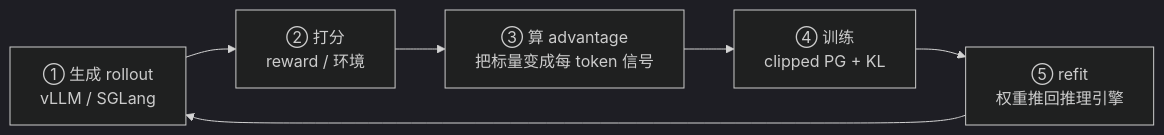
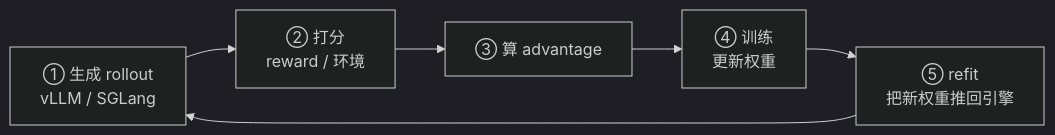
Before and after one commit to tianyi-zhang-02/cooking-agi: the diagram in open-source/nemo-rl.md, drawn with Mermaid (dark theme). The commit also changed other lines of this file and 3 other files, not shown here.

````diff
--- a/open-source/nemo-rl.md
+++ b/open-source/nemo-rl.md
@@ -13,8 +89,8 @@
 ```mermaid
 flowchart LR
     A["① 生成 rollout<br/>vLLM / SGLang"] --> B["② 打分<br/>reward / 环境"]
-    B --> C["③ 算 advantage<br/>把标量变成每 token 信号"]
-    C --> D["④ 训练<br/>clipped PG + KL"]
-    D --> E["⑤ refit<br/>权重推回推理引擎"]
+    B --> C["③ 算 advantage"]
+    C --> D["④ 训练<br/>更新权重"]
+    D --> E["⑤ refit<br/>把新权重推回引擎"]
     E --> A
 ```
````
